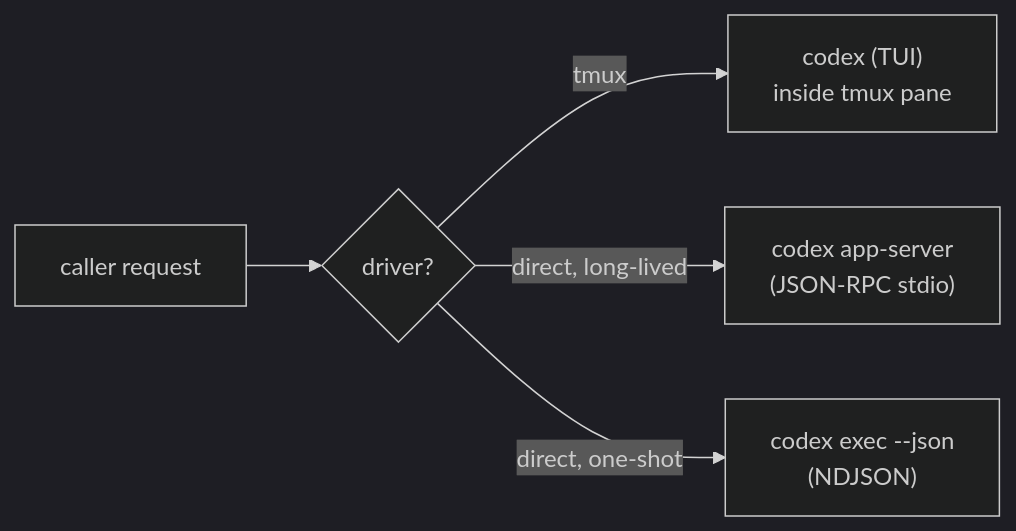
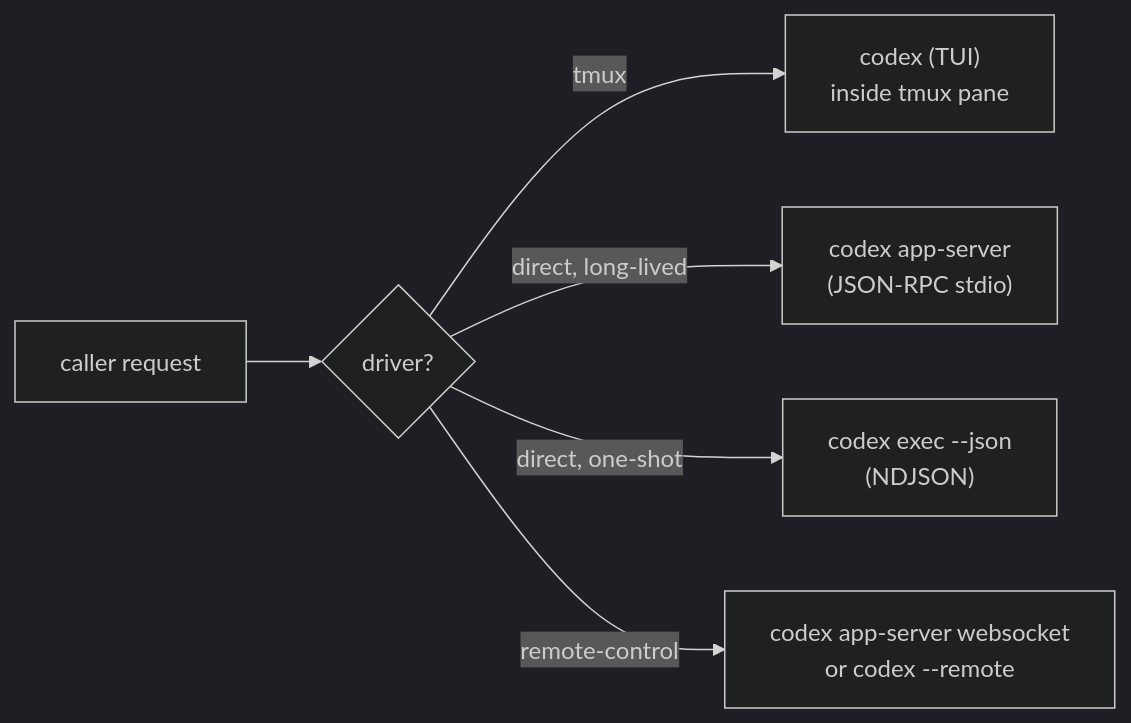
One commit to Alyxion/yikes changed the first of 4 diagrams in docs/backends/codex.md. Above: the diagram before and after it, drawn with Mermaid (dark theme). The commit also changed other lines of this file and 9 other files, not shown here.

````diff
--- a/docs/backends/codex.md
+++ b/docs/backends/codex.md
@@ -5,7 +5,8 @@
 ```mermaid
 flowchart LR
     req[caller request] --> mode{driver?}
     mode -->|tmux| tui["codex (TUI)<br/>inside tmux pane"]
     mode -->|direct, long-lived| as["codex app-server<br/>(JSON-RPC stdio)"]
     mode -->|direct, one-shot| ex["codex exec --json<br/>(NDJSON)"]
+    mode -->|remote-control| rc["codex app-server websocket<br/>or codex --remote"]
 ```
````
